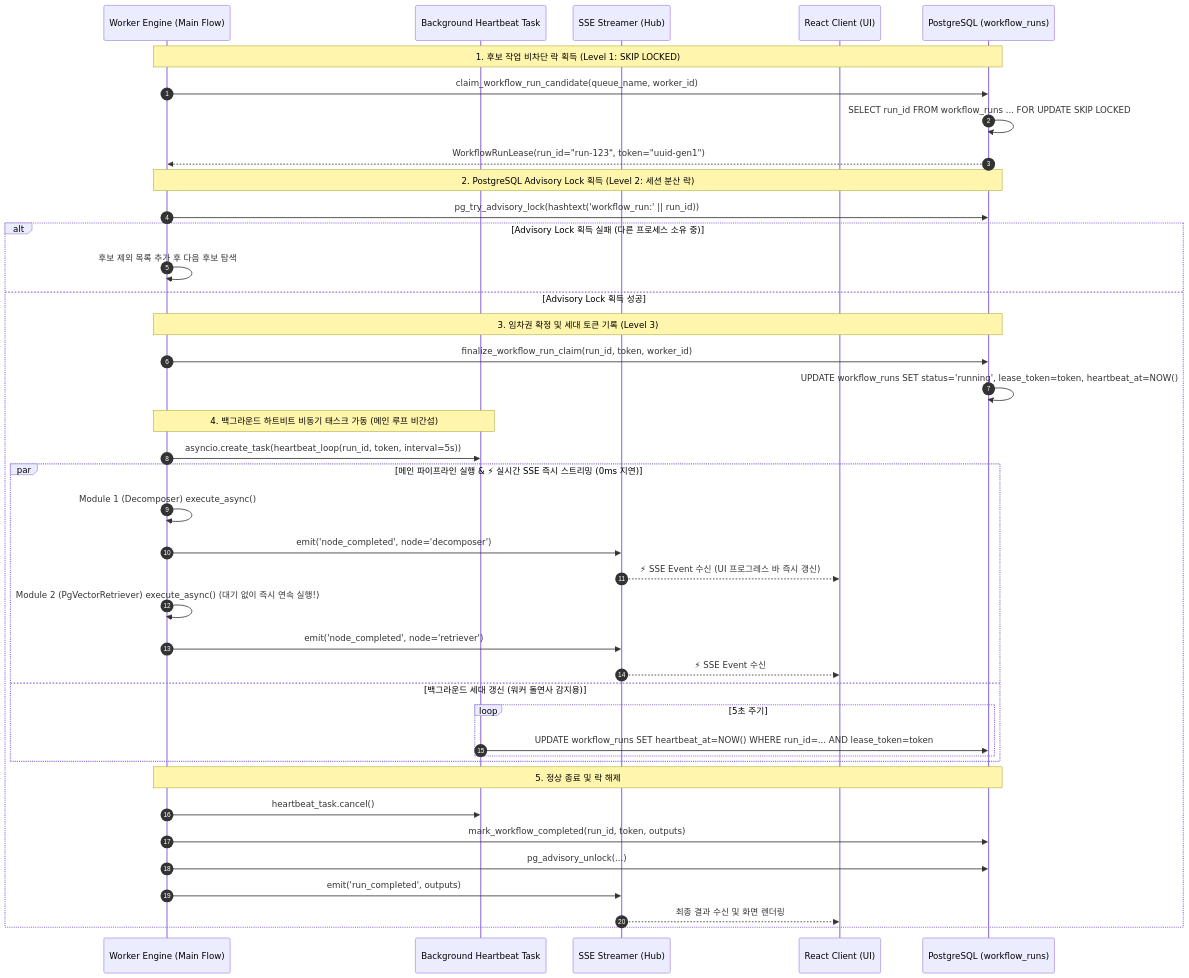
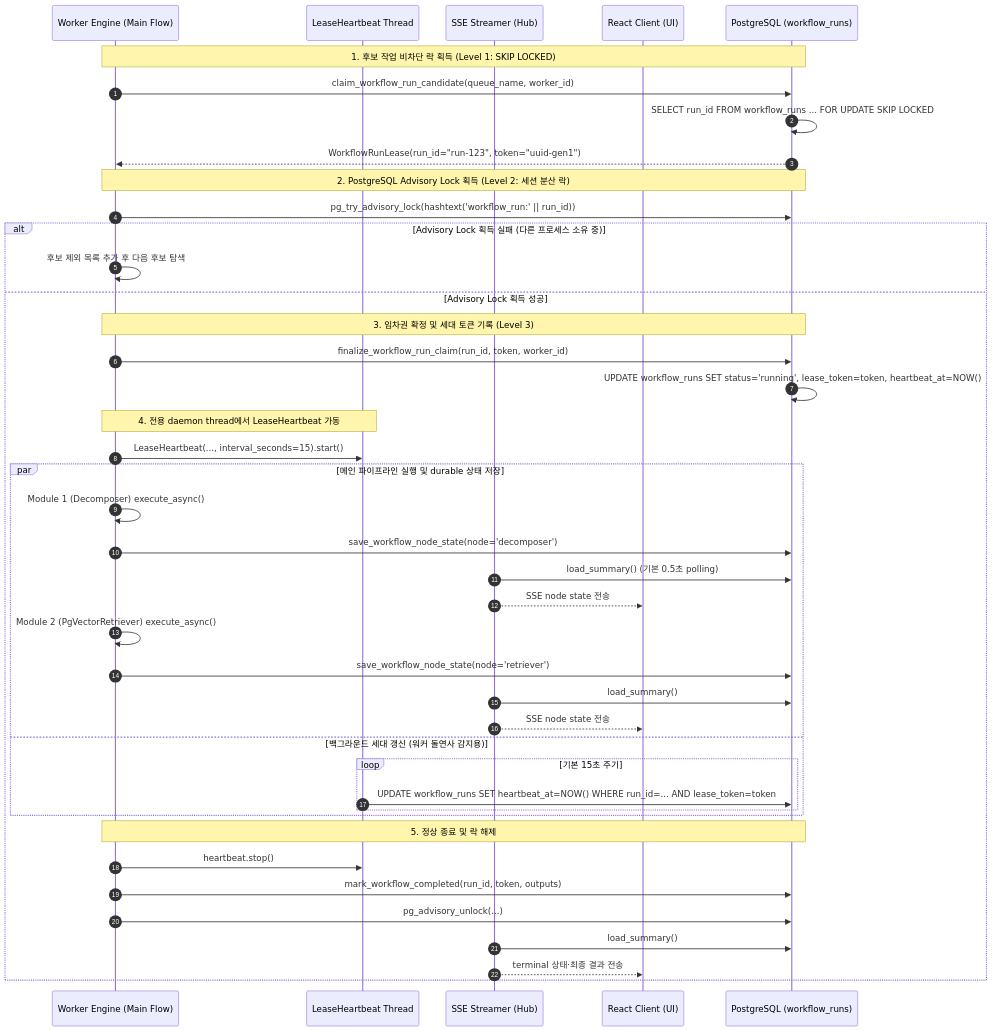
One commit to bist-mini-final/bist-mini-final changed the second of 3 diagrams in docs/blueprints/01_system_blueprints/BP-103_concurrency_and_locking_model.md. Above: the diagram before and after it, drawn with Mermaid. The commit also changed other lines of this file and 138 other files, not shown here.

````diff
--- a/docs/blueprints/01_system_blueprints/BP-103_concurrency_and_locking_model.md
+++ b/docs/blueprints/01_system_blueprints/BP-103_concurrency_and_locking_model.md
@@ -45,48 +45,50 @@
 ```mermaid
 sequenceDiagram
     autonumber
     participant W as Worker Engine (Main Flow)
-    participant HB as Background Heartbeat Task
+    participant HB as LeaseHeartbeat Thread
     participant SSE as SSE Streamer (Hub)
     participant Client as React Client (UI)
     participant DB as PostgreSQL (workflow_runs)
 
     Note over W,DB: 1. 후보 작업 비차단 락 획득 (Level 1: SKIP LOCKED)
     W->>DB: claim_workflow_run_candidate(queue_name, worker_id)
     DB->>DB: SELECT run_id FROM workflow_runs ... FOR UPDATE SKIP LOCKED
     DB-->>W: WorkflowRunLease(run_id="run-123", token="uuid-gen1")
 
     Note over W,DB: 2. PostgreSQL Advisory Lock 획득 (Level 2: 세션 분산 락)
     W->>DB: pg_try_advisory_lock(hashtext('workflow_run:' || run_id))
     alt Advisory Lock 획득 실패 (다른 프로세스 소유 중)
         W->>W: 후보 제외 목록 추가 후 다음 후보 탐색
     else Advisory Lock 획득 성공
         Note over W,DB: 3. 임차권 확정 및 세대 토큰 기록 (Level 3)
         W->>DB: finalize_workflow_run_claim(run_id, token, worker_id)
         DB->>DB: UPDATE workflow_runs SET status='running', lease_token=token, heartbeat_at=NOW()
         
-        Note over W,HB: 4. 백그라운드 하트비트 비동기 태스크 가동 (메인 루프 비간섭)
-        W->>HB: asyncio.create_task(heartbeat_loop(run_id, token, interval=5s))
+        Note over W,HB: 4. 전용 daemon thread에서 LeaseHeartbeat 가동
+        W->>HB: LeaseHeartbeat(..., interval_seconds=15).start()
         
-        par 메인 파이프라인 실행 & ⚡ 실시간 SSE 즉시 스트리밍 (0ms 지연)
+        par 메인 파이프라인 실행 및 durable 상태 저장
             W->>W: Module 1 (Decomposer) execute_async()
-            W->>SSE: emit('node_completed', node='decomposer')
-            SSE-->>Client: ⚡ SSE Event 수신 (UI 프로그레스 바 즉시 갱신)
+            W->>DB: save_workflow_node_state(node='decomposer')
+            SSE->>DB: load_summary() (기본 0.5초 polling)
+            SSE-->>Client: SSE node state 전송
             
-            W->>W: Module 2 (PgVectorRetriever) execute_async() (대기 없이 즉시 연속 실행!)
-            W->>SSE: emit('node_completed', node='retriever')
-            SSE-->>Client: ⚡ SSE Event 수신
+            W->>W: Module 2 (PgVectorRetriever) execute_async()
+            W->>DB: save_workflow_node_state(node='retriever')
+            SSE->>DB: load_summary()
+            SSE-->>Client: SSE node state 전송
         and 백그라운드 세대 갱신 (워커 돌연사 감지용)
-            loop 5초 주기
+            loop 기본 15초 주기
                 HB->>DB: UPDATE workflow_runs SET heartbeat_at=NOW() WHERE run_id=... AND lease_token=token
             end
         end
 
         Note over W,DB: 5. 정상 종료 및 락 해제
-        W->>HB: heartbeat_task.cancel()
+        W->>HB: heartbeat.stop()
         W->>DB: mark_workflow_completed(run_id, token, outputs)
         W->>DB: pg_advisory_unlock(...)
-        W->>SSE: emit('run_completed', outputs)
-        SSE-->>Client: 최종 결과 수신 및 화면 렌더링
+        SSE->>DB: load_summary()
+        SSE-->>Client: terminal 상태·최종 결과 전송
     end
 ```
````
